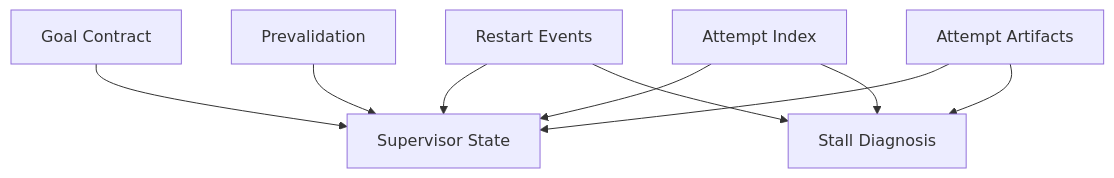
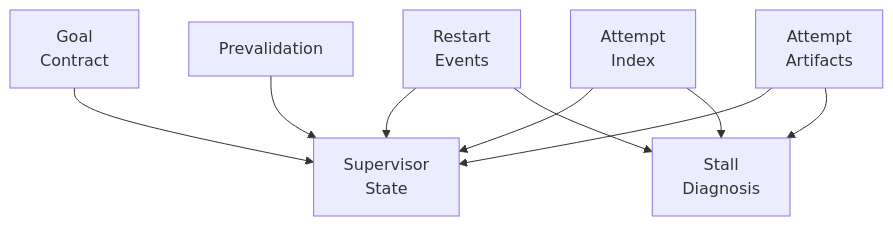
Before and after one commit to jidon333/STS2_Mod_AI_Companion: the fourth of 6 diagrams in docs/contracts/RUNNER_SUPERVISOR_AGENT_ARCHITECTURE.md, drawn with Mermaid. The commit also changed other lines of this file and 4 other files, not shown here.

Commit message:
Improve Mermaid readability in harness docs

````diff
--- a/docs/contracts/RUNNER_SUPERVISOR_AGENT_ARCHITECTURE.md
+++ b/docs/contracts/RUNNER_SUPERVISOR_AGENT_ARCHITECTURE.md
@@ -490,20 +490,20 @@
 ```mermaid
 flowchart TD
-    GC["Goal Contract"]
+    GC["Goal<br/>Contract"]
     PV["Prevalidation"]
-    RE["Restart Events"]
-    AI["Attempt Index"]
-    AR["Attempt Artifacts"]
-    SS["Supervisor State"]
-    SD["Stall Diagnosis"]
+    RE["Restart<br/>Events"]
+    AI["Attempt<br/>Index"]
+    AR["Attempt<br/>Artifacts"]
+    SS["Supervisor<br/>State"]
+    SD["Stall<br/>Diagnosis"]
 
     GC --> SS
     PV --> SS
     RE --> SS
     AI --> SS
     AR --> SS
 
     AI --> SD
     RE --> SD
     AR --> SD
 ```
````
